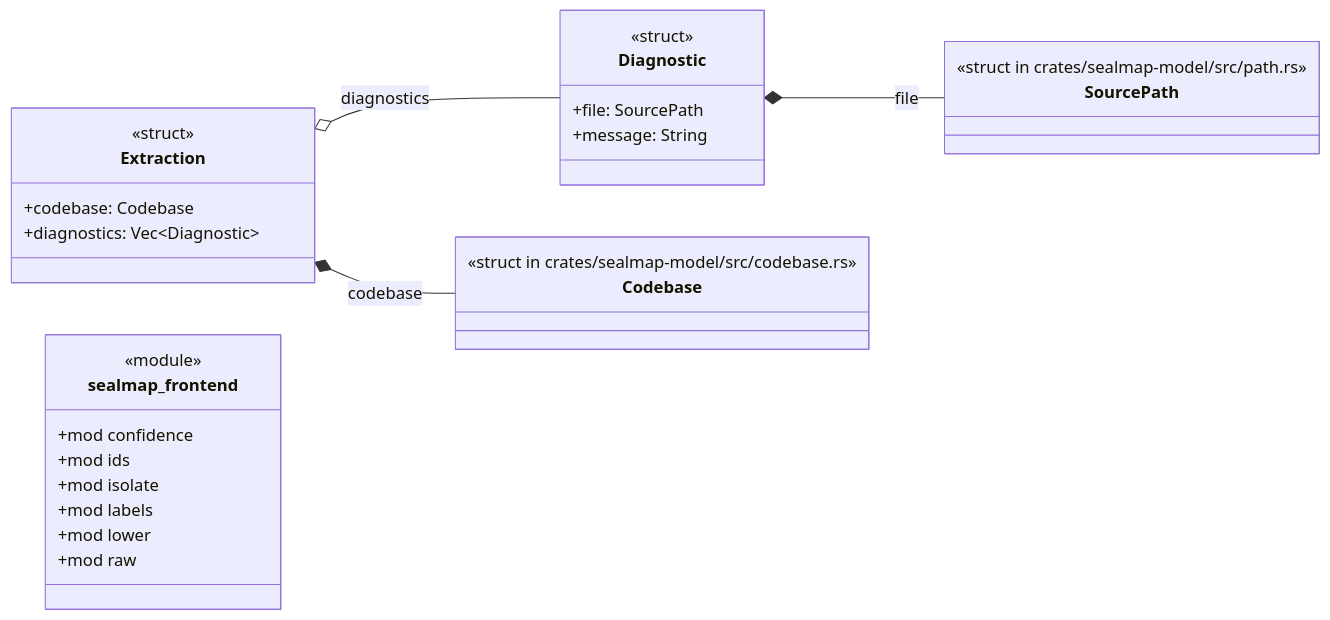
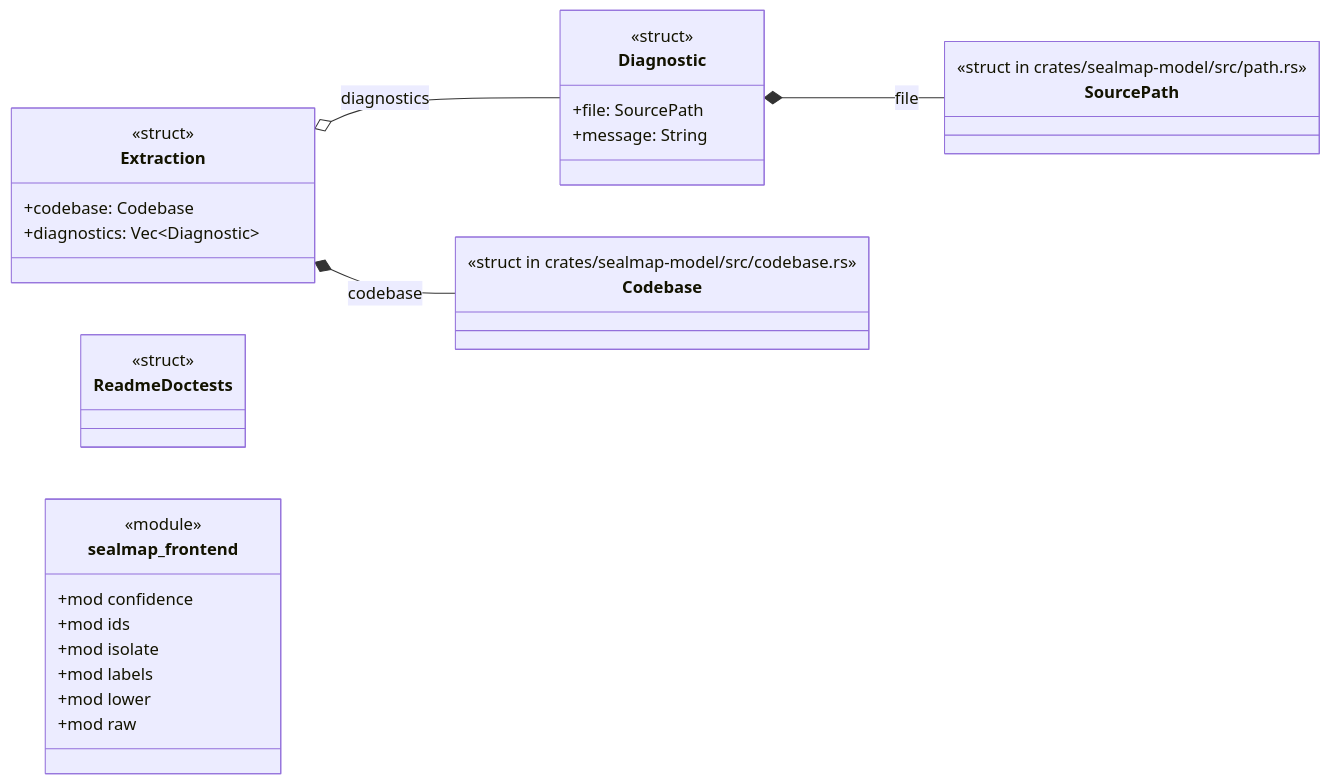
One commit to DreamLab-AI/codemaid changed the diagram in docs/sealmap/crates/sealmap-frontend/src/lib.rs.md. Above: the diagram before and after it, drawn with Mermaid. The commit also changed other lines of this file and 29 other files, not shown here.

````diff
--- a/docs/sealmap/crates/sealmap-frontend/src/lib.rs.md
+++ b/docs/sealmap/crates/sealmap-frontend/src/lib.rs.md
@@ -14,32 +14,35 @@
 ```mermaid
 classDiagram
   direction LR
   class sealmap_frontend__Diagnostic["Diagnostic"] {
     <<struct>>
     +file: SourcePath
     +message: String
   }
   class sealmap_frontend__Extraction["Extraction"] {
     <<struct>>
     +codebase: Codebase
     +diagnostics: Vec#lt;Diagnostic#gt;
+  }
+  class sealmap_frontend__ReadmeDoctests["ReadmeDoctests"] {
+    <<struct>>
   }
   class sealmap_frontend {
     <<module>>
     +mod confidence
     +mod ids
     +mod isolate
     +mod labels
     +mod lower
     +mod raw
   }
   class sealmap_model__path__SourcePath["SourcePath"] {
     <<struct in crates/sealmap-model/src/path.rs>>
   }
   class sealmap_model__codebase__Codebase["Codebase"] {
     <<struct in crates/sealmap-model/src/codebase.rs>>
   }
   sealmap_frontend__Diagnostic *-- sealmap_model__path__SourcePath : file
   sealmap_frontend__Extraction o-- sealmap_frontend__Diagnostic : diagnostics
   sealmap_frontend__Extraction *-- sealmap_model__codebase__Codebase : codebase
 ```
````
